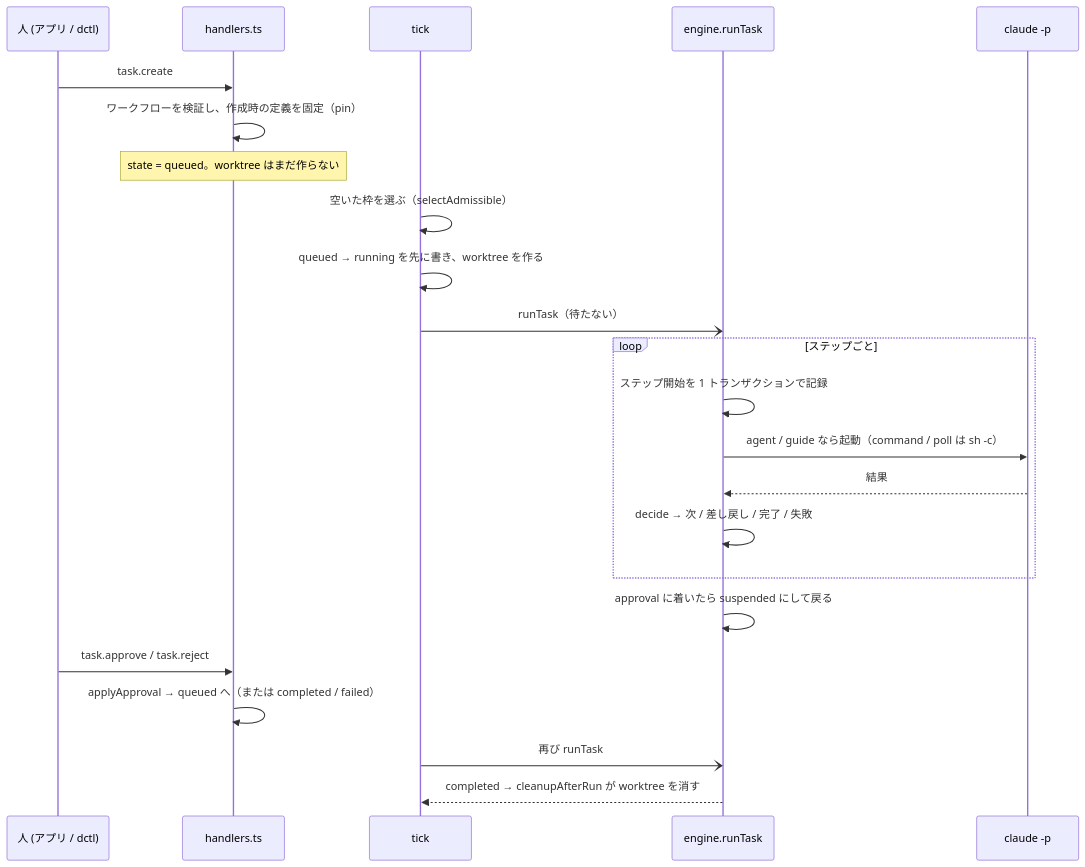
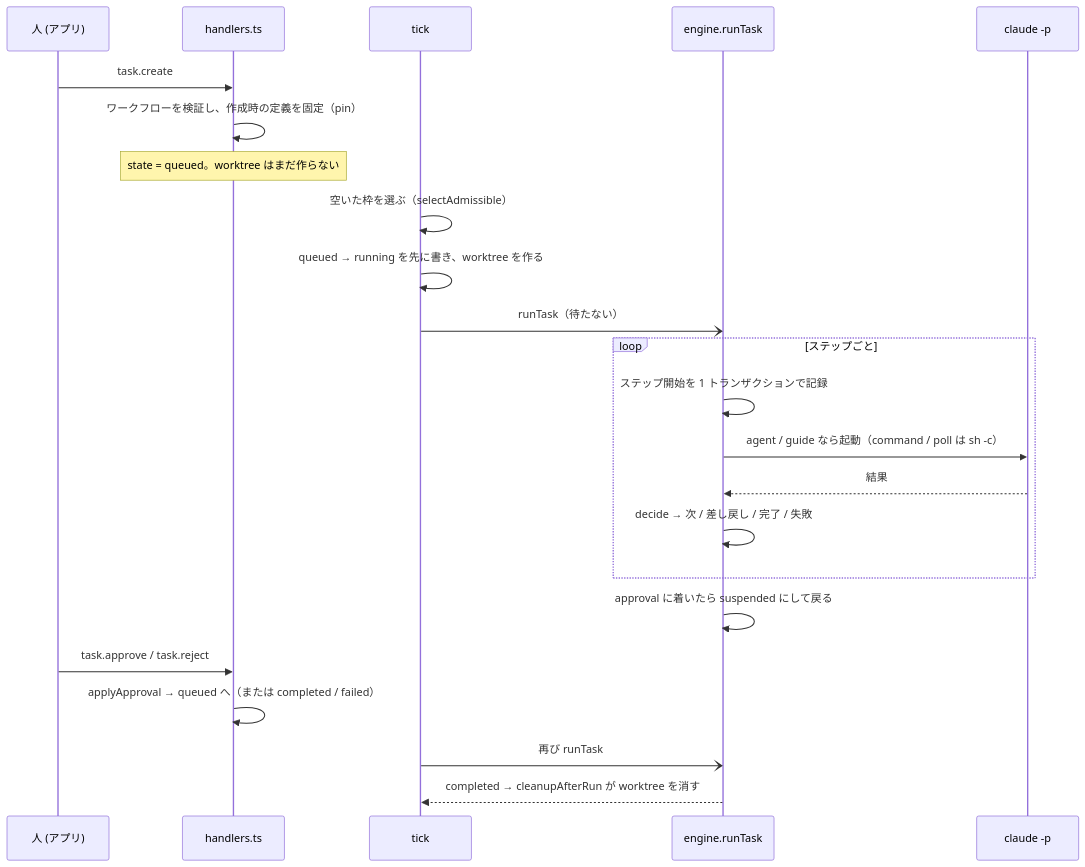
The third of 3 diagrams in docs/developer-guide/01-architecture.md (todokr/doctrine), drawn with Mermaid before and after one commit. The commit also changed other lines of this file and 65 other files, not shown here.

````diff
--- a/docs/developer-guide/01-architecture.md
+++ b/docs/developer-guide/01-architecture.md
@@ -105,25 +99,25 @@
 ```mermaid
 sequenceDiagram
-  participant U as 人 (アプリ / dctl)
+  participant U as 人 (アプリ)
   participant H as handlers.ts
   participant T as tick
   participant E as engine.runTask
   participant C as claude -p
   U->>H: task.create
   H->>H: ワークフローを検証し、作成時の定義を固定（pin）
   Note over H: state = queued。worktree はまだ作らない
   T->>T: 空いた枠を選ぶ（selectAdmissible）
   T->>T: queued → running を先に書き、worktree を作る
   T-)E: runTask（待たない）
   loop ステップごと
     E->>E: ステップ開始を 1 トランザクションで記録
     E->>C: agent / guide なら起動（command / poll は sh -c）
     C-->>E: 結果
     E->>E: decide → 次 / 差し戻し / 完了 / 失敗
   end
   E->>E: approval に着いたら suspended にして戻る
   U->>H: task.approve / task.reject
   H->>H: applyApproval → queued へ（または completed / failed）
   T-)E: 再び runTask
   E-->>T: completed → cleanupAfterRun が worktree を消す
 ```
````
